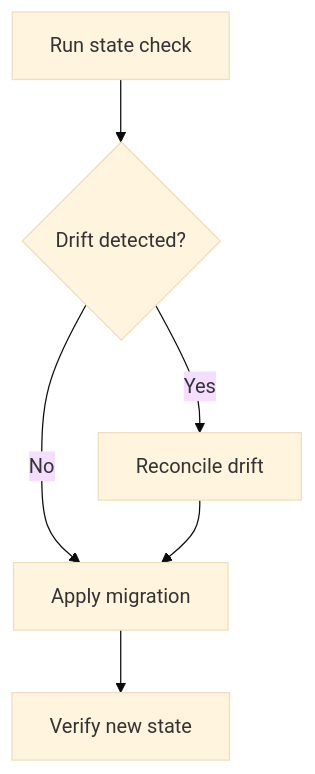
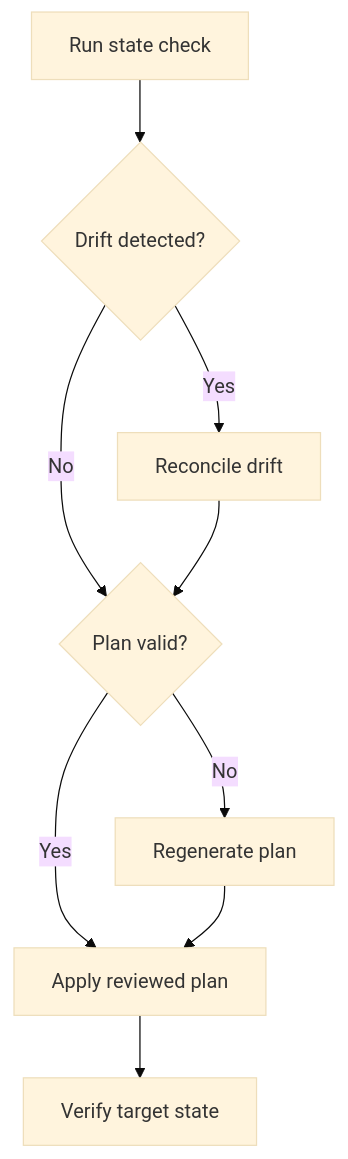
One commit to bsamiee/Rasm changed the diagram in docs/standards/task/how-to.md. Above: the diagram before and after it, drawn with Mermaid (base theme). The commit also changed other lines of this file and 20 other files, not shown here.

````diff
--- a/docs/standards/task/how-to.md
+++ b/docs/standards/task/how-to.md
@@ -194,9 +235,12 @@
 ```mermaid conceptual
-%% branch-and-rejoin shape for a guide with one real judgment point
+%% branch-and-rejoin shape for a guide with multiple dependent signals
 flowchart TD
     StateCheck["Run state check"] --> Drift{"Drift detected?"}
-    Drift -- "No" --> Apply["Apply migration"]
+    Drift -- "No" --> Plan{"Plan valid?"}
     Drift -- "Yes" --> Reconcile["Reconcile drift"]
-    Reconcile --> Apply
-    Apply --> Verify["Verify new state"]
+    Reconcile --> Plan
+    Plan -- "Yes" --> Apply["Apply reviewed plan"]
+    Plan -- "No" --> Regenerate["Regenerate plan"]
+    Regenerate --> Apply
+    Apply --> Verify["Verify target state"]
 ```
````
